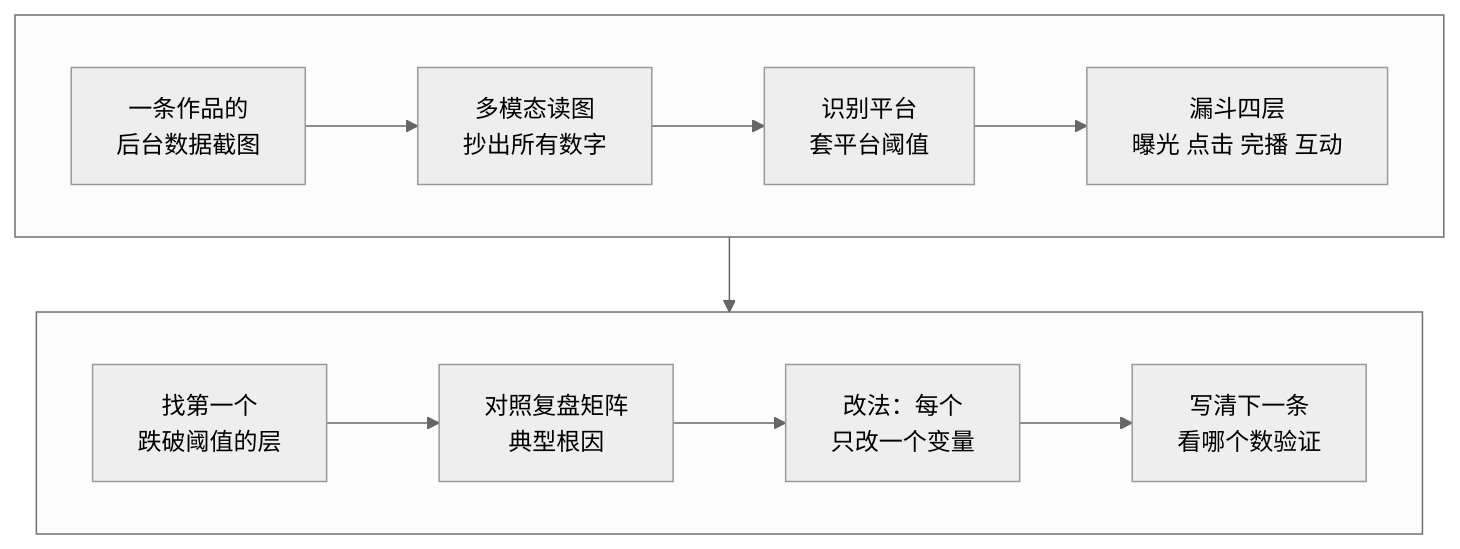
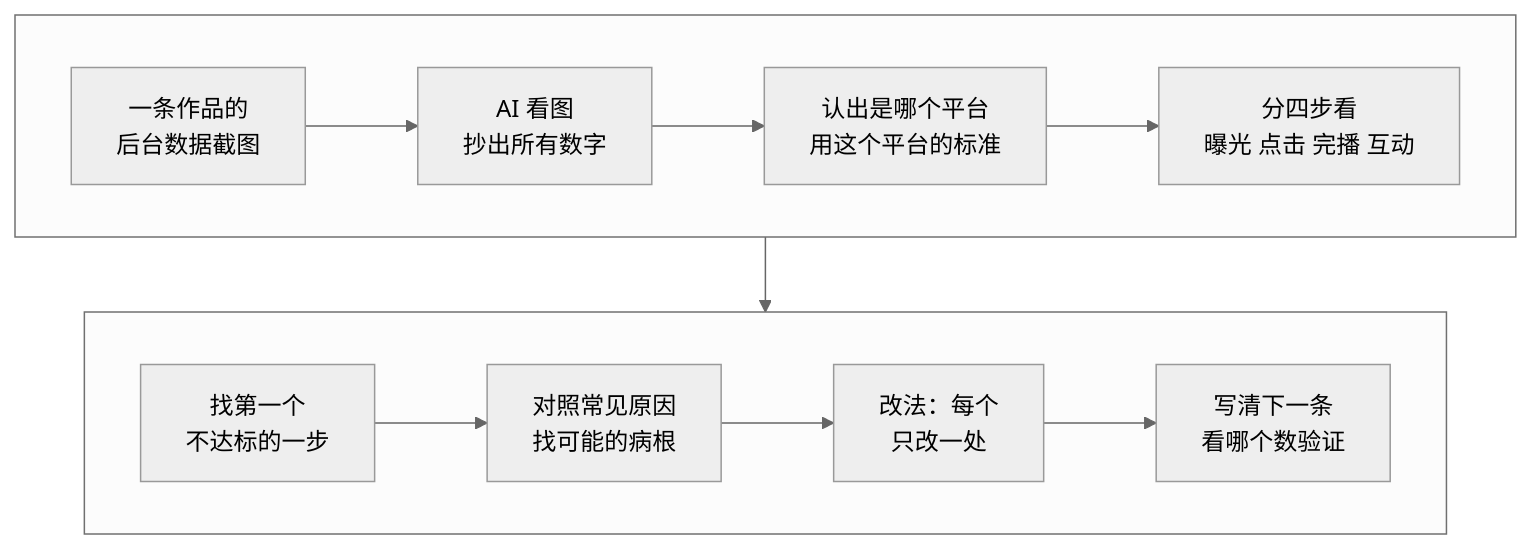
The diagram in 自媒体教程/课程/2-2-单条为什么不爆.md (JuneYaooo/media-teach), drawn with Mermaid (neutral theme) before and after one commit. The commit also changed other lines of this file and 46 other files, not shown here.

````diff
--- a/自媒体教程/课程/2-2-单条为什么不爆.md
+++ b/自媒体教程/课程/2-2-单条为什么不爆.md
@@ -17,12 +19,12 @@
 ```mermaid
 flowchart TB
   subgraph R1[" "]
     direction LR
-    A[一条作品的<br>后台数据截图] --> B[多模态读图<br>抄出所有数字] --> C[识别平台<br>套平台阈值] --> D[漏斗四层<br>曝光 点击 完播 互动]
+    A[一条作品的<br>后台数据截图] --> B[AI 看图<br>抄出所有数字] --> C[认出是哪个平台<br>用这个平台的标准] --> D[分四步看<br>曝光 点击 完播 互动]
   end
   subgraph R2[" "]
     direction LR
-    E[找第一个<br>跌破阈值的层] --> F[对照复盘矩阵<br>典型根因] --> G[改法：每个<br>只改一个变量] --> H[写清下一条<br>看哪个数验证]
+    E[找第一个<br>不达标的一步] --> F[对照常见原因<br>找可能的病根] --> G[改法：每个<br>只改一处] --> H[写清下一条<br>看哪个数验证]
   end
   R1 --> R2
 ```
````
